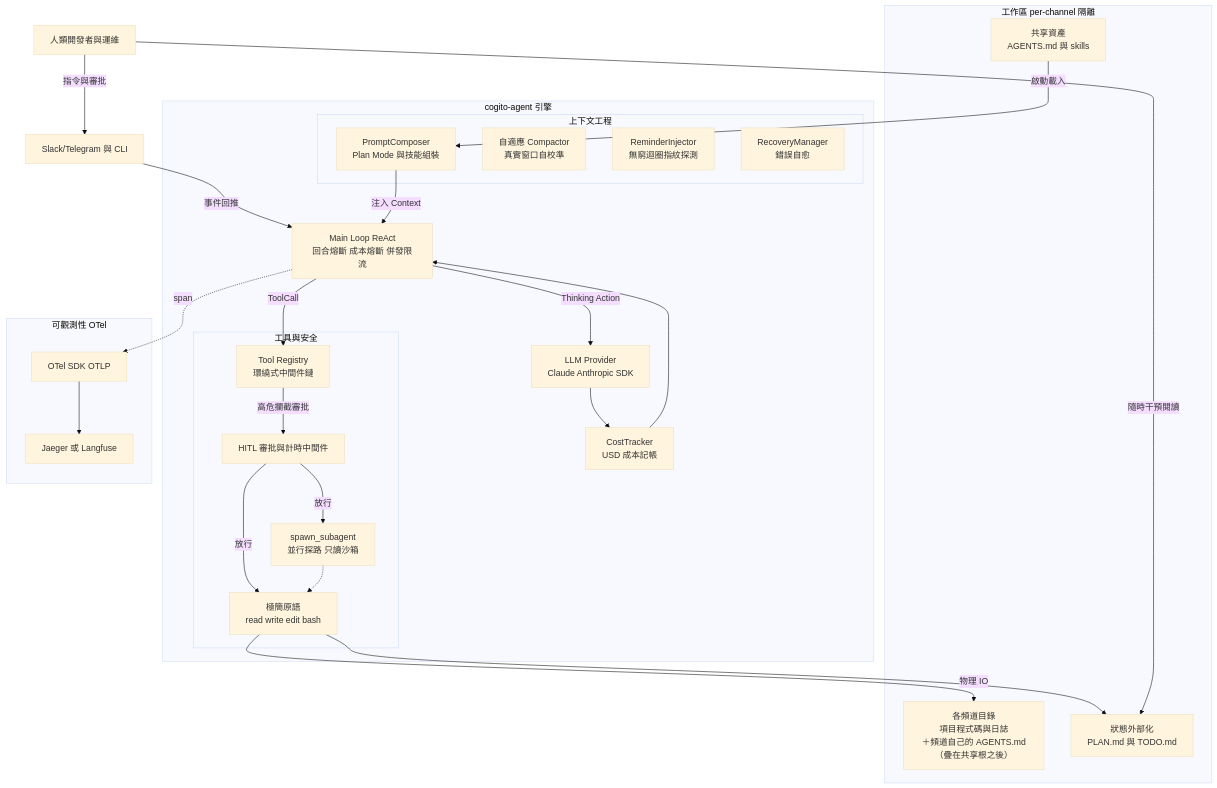
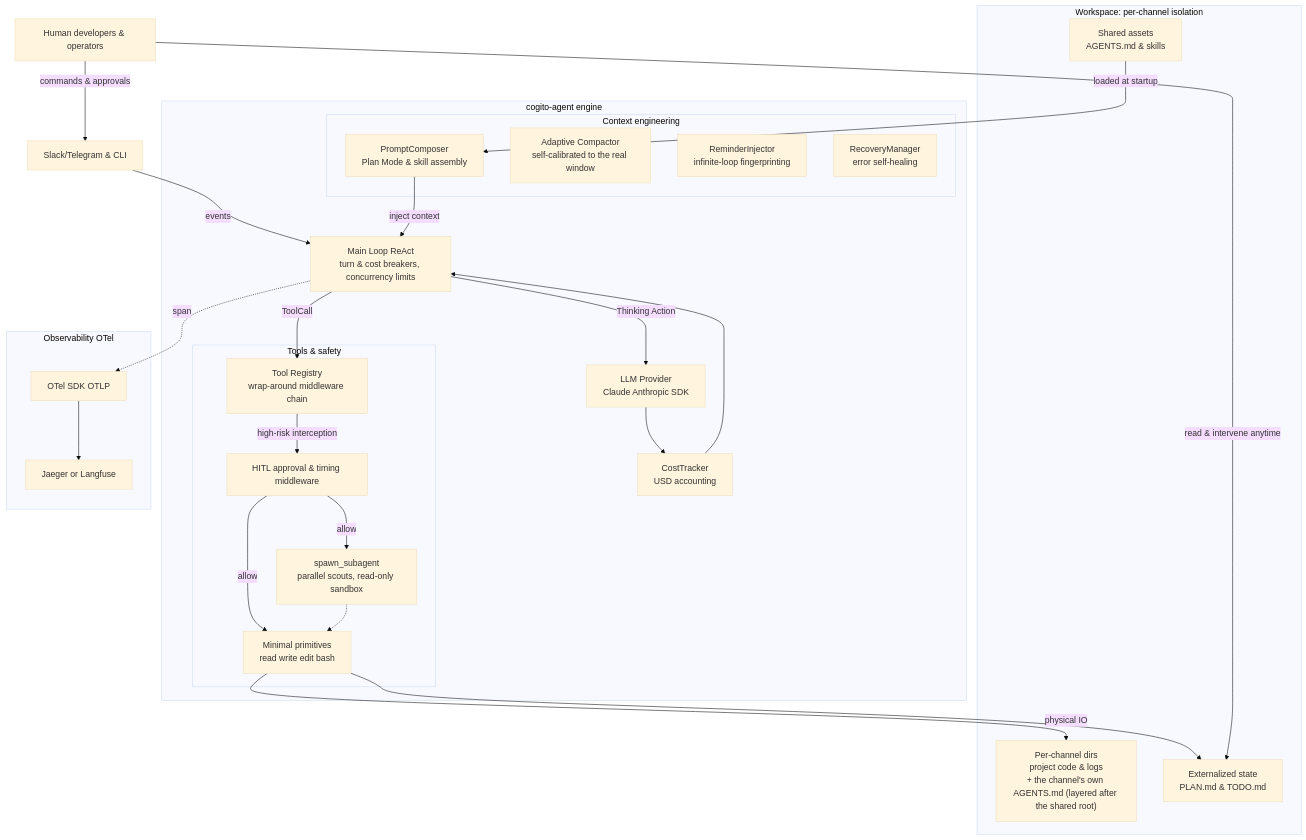
One commit to SIMPLYBOYS/cogito-agent changed the first of 2 diagrams in README.md. Above: the diagram before and after it, drawn with Mermaid (base theme). The commit also changed other lines of this file and 1 other file, not shown here.

````diff
--- a/README.md
+++ b/README.md
@@ -80,54 +83,54 @@
 ```mermaid
 flowchart TB
-  HUMAN["人類開發者與運維"]
-  IM["Slack/Telegram 與 CLI"]
+  HUMAN["Human developers & operators"]
+  IM["Slack/Telegram & CLI"]
 
-  subgraph ENGINE["cogito-agent 引擎"]
+  subgraph ENGINE["cogito-agent engine"]
     LLM["LLM Provider<br/>Claude Anthropic SDK"]
-    COST["CostTracker<br/>USD 成本記帳"]
-    LOOP["Main Loop ReAct<br/>回合熔斷 成本熔斷 併發限流"]
+    COST["CostTracker<br/>USD accounting"]
+    LOOP["Main Loop ReAct<br/>turn & cost breakers, concurrency limits"]
 
-    subgraph CTX["上下文工程"]
-      COMPOSER["PromptComposer<br/>Plan Mode 與技能組裝"]
-      COMPACT["自適應 Compactor<br/>真實窗口自校準"]
-      REMIND["ReminderInjector<br/>無窮迴圈指紋探測"]
-      RECOVER["RecoveryManager<br/>錯誤自愈"]
+    subgraph CTX["Context engineering"]
+      COMPOSER["PromptComposer<br/>Plan Mode & skill assembly"]
+      COMPACT["Adaptive Compactor<br/>self-calibrated to the real window"]
+      REMIND["ReminderInjector<br/>infinite-loop fingerprinting"]
+      RECOVER["RecoveryManager<br/>error self-healing"]
     end
 
-    subgraph TZ["工具與安全"]
-      REG["Tool Registry<br/>環繞式中間件鏈"]
-      MW["HITL 審批與計時中間件"]
-      PRIM["極簡原語<br/>read write edit bash"]
-      SUB["spawn_subagent<br/>並行探路 只讀沙箱"]
+    subgraph TZ["Tools & safety"]
+      REG["Tool Registry<br/>wrap-around middleware chain"]
+      MW["HITL approval & timing middleware"]
+      PRIM["Minimal primitives<br/>read write edit bash"]
+      SUB["spawn_subagent<br/>parallel scouts, read-only sandbox"]
     end
   end
 
-  subgraph WS["工作區 per-channel 隔離"]
-    ASSETS["共享資產<br/>AGENTS.md 與 skills"]
-    PROJ["各頻道目錄<br/>項目程式碼與日誌<br/>＋頻道自己的 AGENTS.md（疊在共享根之後）"]
-    STATE["狀態外部化<br/>PLAN.md 與 TODO.md"]
+  subgraph WS["Workspace: per-channel isolation"]
+    ASSETS["Shared assets<br/>AGENTS.md & skills"]
+    PROJ["Per-channel dirs<br/>project code & logs<br/>+ the channel's own AGENTS.md (layered after the shared root)"]
+    STATE["Externalized state<br/>PLAN.md & TODO.md"]
   end
 
-  subgraph OBS["可觀測性 OTel"]
+  subgraph OBS["Observability OTel"]
     OTEL["OTel SDK OTLP"]
-    BACKEND["Jaeger 或 Langfuse"]
+    BACKEND["Jaeger or Langfuse"]
   end
 
-  HUMAN -->|指令與審批| IM
-  IM -->|事件回推| LOOP
-  COMPOSER -->|注入 Context| LOOP
+  HUMAN -->|commands & approvals| IM
+  IM -->|events| LOOP
+  COMPOSER -->|inject context| LOOP
   LOOP -->|Thinking Action| LLM
   LLM --> COST
   COST --> LOOP
   LOOP -->|ToolCall| REG
-  REG -->|高危攔截審批| MW
-  MW -->|放行| PRIM
-  MW -->|放行| SUB
+  REG -->|high-risk interception| MW
+  MW -->|allow| PRIM
+  MW -->|allow| SUB
   SUB -.-> PRIM
-  ASSETS -->|啟動載入| COMPOSER
-  PRIM -->|物理 IO| PROJ
+  ASSETS -->|loaded at startup| COMPOSER
+  PRIM -->|physical IO| PROJ
   PRIM --> STATE
-  HUMAN -->|隨時干預閱讀| STATE
+  HUMAN -->|read & intervene anytime| STATE
   LOOP -.->|span| OTEL
   OTEL --> BACKEND
 ```
````
